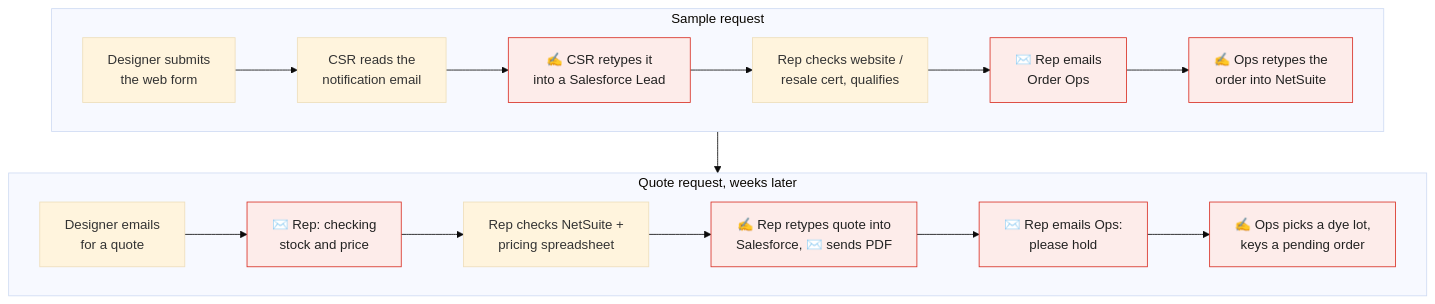
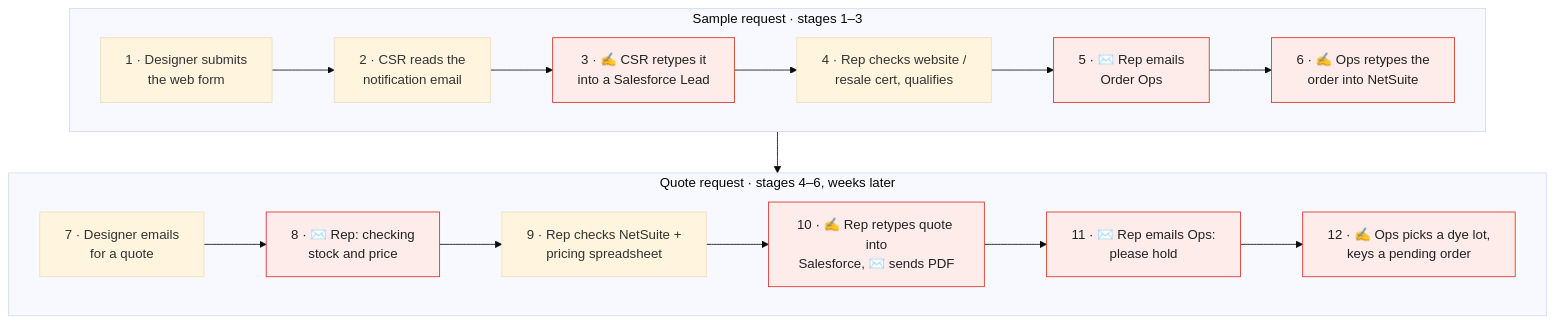
Before and after one commit to bennettdavisv2/perennials-sample-to-quote: the first of 2 diagrams in README.md, drawn with Mermaid (base theme). The commit also changed other lines of this file and 13 other files, not shown here.

First line of the commit message:
Full quotes@ address; README diagrams follow the same numbered steps

````diff
--- a/README.md
+++ b/README.md
@@ -9,14 +11,14 @@
 ```mermaid
 flowchart TB
-  subgraph S["Sample request"]
+  subgraph S["Sample request · stages 1–3"]
     direction LR
-    o1["Designer submits<br/>the web form"] --> o2["CSR reads the<br/>notification email"] --> o3["✍️ CSR retypes it<br/>into a Salesforce Lead"] --> o4["Rep checks website /<br/>resale cert, qualifies"] --> o5["✉️ Rep emails<br/>Order Ops"] --> o6["✍️ Ops retypes the<br/>order into NetSuite"]
+    o1["1 · Designer submits<br/>the web form"] --> o2["2 · CSR reads the<br/>notification email"] --> o3["3 · ✍️ CSR retypes it<br/>into a Salesforce Lead"] --> o4["4 · Rep checks website /<br/>resale cert, qualifies"] --> o5["5 · ✉️ Rep emails<br/>Order Ops"] --> o6["6 · ✍️ Ops retypes the<br/>order into NetSuite"]
   end
-  subgraph Q["Quote request, weeks later"]
+  subgraph Q["Quote request · stages 4–6, weeks later"]
     direction LR
-    o7["Designer emails<br/>for a quote"] --> o8["✉️ Rep: checking<br/>stock and price"] --> o9["Rep checks NetSuite +<br/>pricing spreadsheet"] --> o10["✍️ Rep retypes quote into<br/>Salesforce, ✉️ sends PDF"] --> o11["✉️ Rep emails Ops:<br/>please hold"] --> o12["✍️ Ops picks a dye lot,<br/>keys a pending order"]
+    o7["7 · Designer emails<br/>for a quote"] --> o8["8 · ✉️ Rep: checking<br/>stock and price"] --> o9["9 · Rep checks NetSuite +<br/>pricing spreadsheet"] --> o10["10 · ✍️ Rep retypes quote into<br/>Salesforce, ✉️ sends PDF"] --> o11["11 · ✉️ Rep emails Ops:<br/>please hold"] --> o12["12 · ✍️ Ops picks a dye lot,<br/>keys a pending order"]
   end
   S --> Q
   classDef pain fill:#fdecea,stroke:#d93025,color:#222
   class o3,o5,o6,o8,o10,o11,o12 pain
 ```
````
